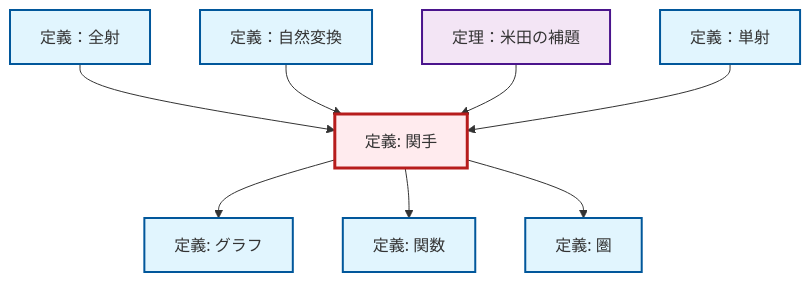
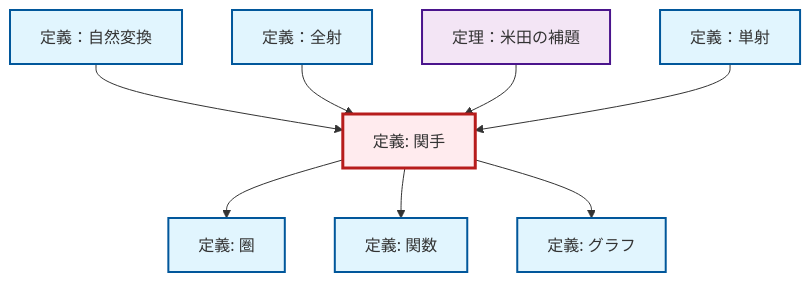
One commit to RK0429/ModernMath changed the diagram in content/ja/category-theory/def-functor.qmd. Above: the diagram before and after it, drawn with Mermaid. The commit also changed 672 other files, not shown here.

````diff
--- a/content/ja/category-theory/def-functor.qmd
+++ b/content/ja/category-theory/def-functor.qmd
@@ -51,32 +51,32 @@
 ```{mermaid}
-%%| fig-cap: "Local dependency graph"
+%%| fig-cap: "ローカル依存関係グラフ"
 graph TD
     classDef definition fill:#e1f5fe,stroke:#01579b,stroke-width:2px
     classDef theorem fill:#f3e5f5,stroke:#4a148c,stroke-width:2px
     classDef axiom fill:#fff3e0,stroke:#e65100,stroke-width:2px
     classDef example fill:#e8f5e9,stroke:#1b5e20,stroke-width:2px
     classDef current fill:#ffebee,stroke:#b71c1c,stroke-width:3px
+    def-natural-transformation["定義：自然変換"]:::definition
+    def-function["定義: 関数"]:::definition
     thm-yoneda["定理：米田の補題"]:::theorem
-    def-natural-transformation["定義：自然変換"]:::definition
+    def-epimorphism["定義：全射"]:::definition
     def-category["定義: 圏"]:::definition
-    def-graph["定義: グラフ"]:::definition
-    def-function["定義: 関数"]:::definition
     def-functor["定義: 関手"]:::definition
     def-monomorphism["定義：単射"]:::definition
-    def-epimorphism["定義：全射"]:::definition
-    def-epimorphism --> def-functor
-    def-functor --> def-graph
+    def-graph["定義: グラフ"]:::definition
+    def-functor --> def-category
     def-functor --> def-function
     def-natural-transformation --> def-functor
-    def-functor --> def-category
+    def-epimorphism --> def-functor
     thm-yoneda --> def-functor
     def-monomorphism --> def-functor
+    def-functor --> def-graph
     class def-functor current
+    click def-natural-transformation "def-natural-transformation.html" "定義：自然変換へ"
+    click def-function "def-function.html" "関数の定義へ"
     click thm-yoneda "thm-yoneda.html" "定理：米田の補題へ"
-    click def-natural-transformation "def-natural-transformation.html" "定義：自然変換へ"
+    click def-epimorphism "def-epimorphism.html" "定義：全射へ"
     click def-category "def-category.html" "圏の定義へ"
+    click def-monomorphism "def-monomorphism.html" "定義：単射へ"
     click def-graph "def-graph.html" "グラフの定義へ"
-    click def-function "def-function.html" "関数の定義へ"
-    click def-monomorphism "def-monomorphism.html" "定義：単射へ"
-    click def-epimorphism "def-epimorphism.html" "定義：全射へ"
 ```
````
